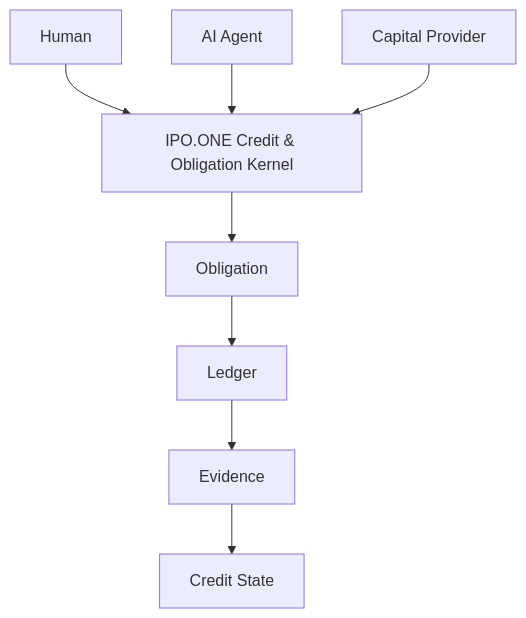
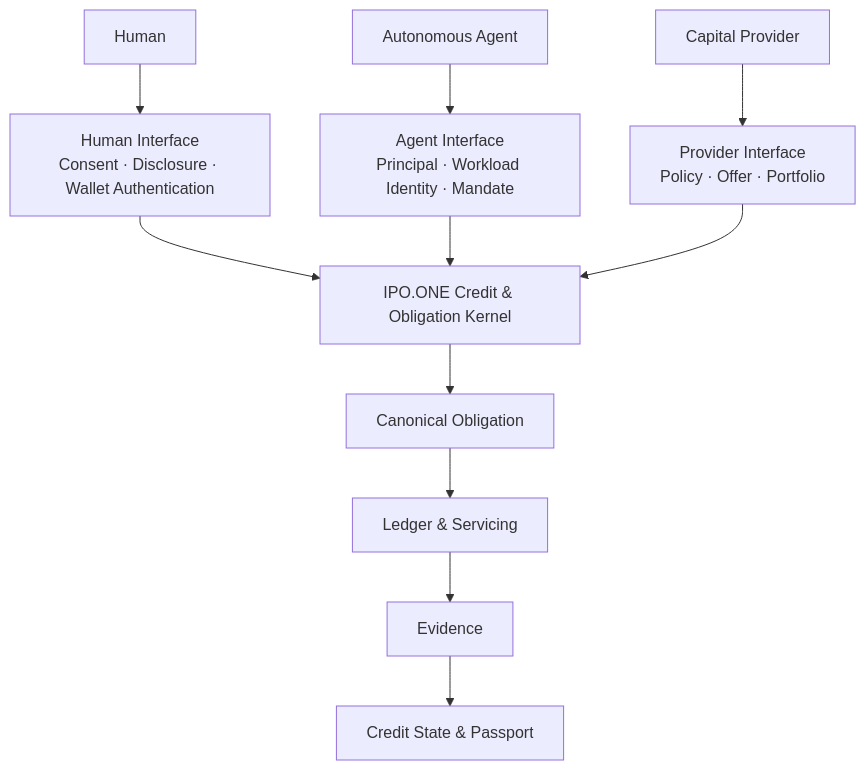
The second of 6 diagrams in README.md (CPTM511/IPO.ONE), drawn with Mermaid before and after one commit. The commit also changed other lines of this file and 13 other files, not shown here.

````diff
--- a/README.md
+++ b/README.md
@@ -85,11 +86,15 @@
 ```mermaid
 flowchart TD
-    Human["Human"] --> Kernel["IPO.ONE Credit & Obligation Kernel"]
-    Agent["AI Agent"] --> Kernel
-    Capital["Capital Provider"] --> Kernel
+    Human["Human"] --> HumanEdge["Human Interface\nConsent · Disclosure · Wallet Authentication"]
+    Agent["Autonomous Agent"] --> AgentEdge["Agent Interface\nPrincipal · Workload Identity · Mandate"]
+    Capital["Capital Provider"] --> ProviderEdge["Provider Interface\nPolicy · Offer · Portfolio"]
 
-    Kernel --> Obligation["Obligation"]
-    Obligation --> Ledger["Ledger"]
+    HumanEdge --> Kernel["IPO.ONE Credit & Obligation Kernel"]
+    AgentEdge --> Kernel
+    ProviderEdge --> Kernel
+
+    Kernel --> Obligation["Canonical Obligation"]
+    Obligation --> Ledger["Ledger & Servicing"]
     Ledger --> Evidence["Evidence"]
-    Evidence --> CreditState["Credit State"]
+    Evidence --> State["Credit State & Passport"]
 ```
````
